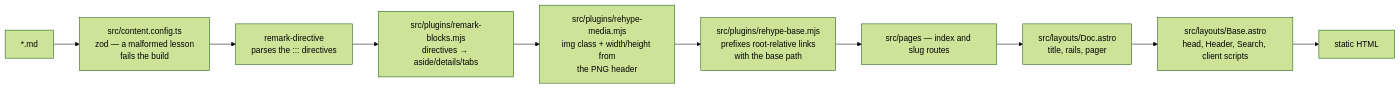
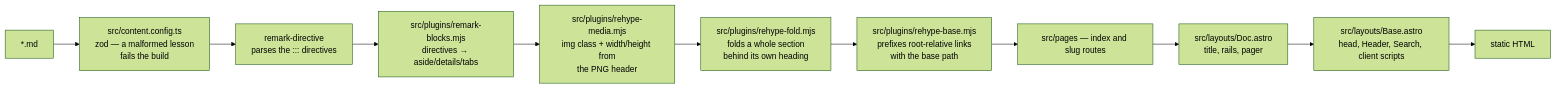
One commit to ivan-stetsiuk/armenian-knowledgebase changed the second of 4 diagrams in ARCHITECTURE.md. Above: the diagram before and after it, drawn with Mermaid (forest theme). The commit also changed other lines of this file and 5 other files, not shown here.

````diff
--- a/ARCHITECTURE.md
+++ b/ARCHITECTURE.md
@@ -58,12 +58,13 @@
 ```mermaid
 flowchart LR
     fm["*.md"] --> schema["src/content.config.ts<br/>zod — a malformed lesson<br/>fails the build"]
     schema --> rd["remark-directive<br/>parses the ::: directives"]
     rd --> rb["src/plugins/remark-blocks.mjs<br/>directives → aside/details/tabs"]
     rb --> rm["src/plugins/rehype-media.mjs<br/>img class + width/height from<br/>the PNG header"]
-    rm --> rbase["src/plugins/rehype-base.mjs<br/>prefixes root-relative links<br/>with the base path"]
+    rm --> rfold["src/plugins/rehype-fold.mjs<br/>folds a whole section<br/>behind its own heading"]
+    rfold --> rbase["src/plugins/rehype-base.mjs<br/>prefixes root-relative links<br/>with the base path"]
     rbase --> page["src/pages — index and slug routes"]
     page --> doc["src/layouts/Doc.astro<br/>title, rails, pager"]
     doc --> base["src/layouts/Base.astro<br/>head, Header, Search, client scripts"]
     base --> html["static HTML"]
 ```
````
